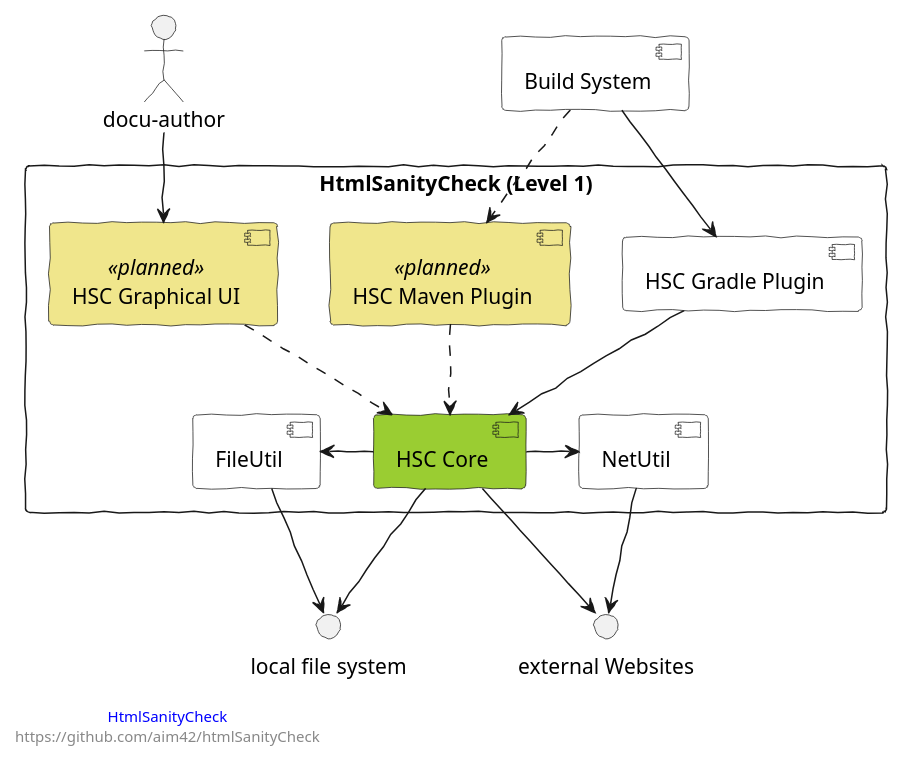
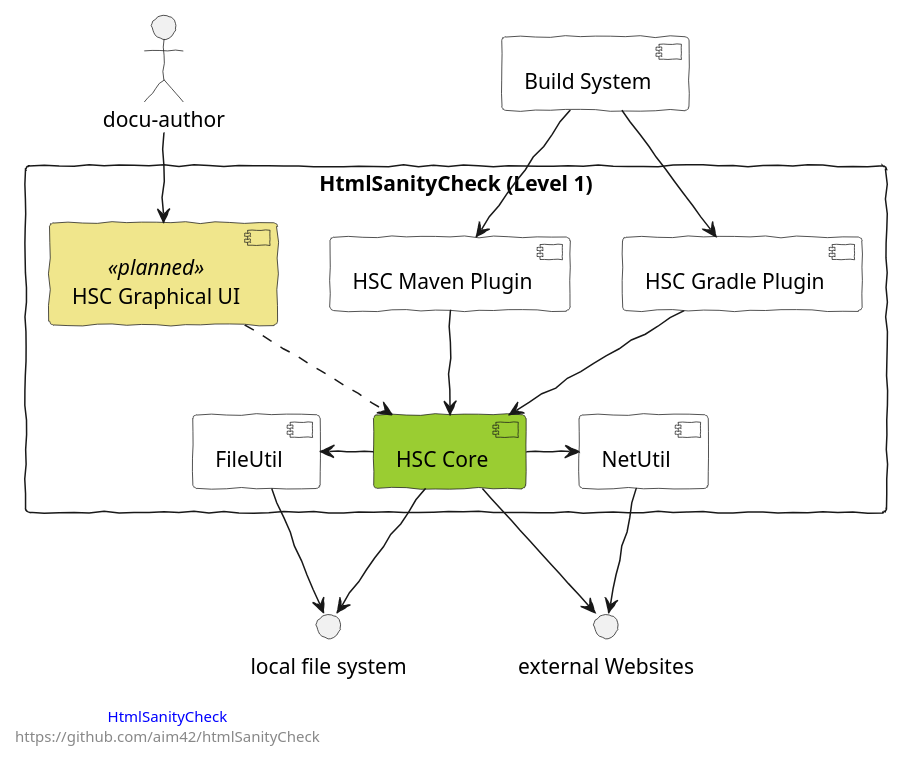
One commit to aim42/htmlSanityCheck changed the diagram in src/docs/plantuml/whitebox-hsc-level-1.puml. Above: the diagram before and after it, drawn with PlantUML. The commit also changed 13 other files, not shown here.

Commit message:
#314 Add Maven plugin to most of the documentation

```diff
--- a/src/docs/plantuml/whitebox-hsc-level-1.puml
+++ b/src/docs/plantuml/whitebox-hsc-level-1.puml
@@ -1,53 +1,53 @@
 @startuml
 skinparam componentStyle uml2
 skinparam component {
    backgroundColor<<planned>> Khaki
    backgroundColor White
 }
 
 skinparam handwritten true
 
 left footer
 
 <font color=blue>HtmlSanityCheck</font>
 https://github.com/aim42/htmlSanityCheck
 endfooter
 
 interface "local file system" as files
 interface "external Websites" as web
 
 rectangle "HtmlSanityCheck (Level 1)" as HSC {
 
 [HSC Core] as core #YellowGreen
 [HSC Gradle Plugin] -down-> core
 
 
 [HSC Graphical UI] <<planned>> as ui
-[HSC Maven Plugin]  <<planned>> as mavenplugin
+[HSC Maven Plugin] as mavenplugin
 
 [FileUtil] as futil
 [NetUtil] as netutil
 
-mavenplugin .down-> core
+mavenplugin -down-> core
 ui .down-> core
 
 core -> futil
 core -> netutil
 
 futil -down-> files
 netutil -down-> web
 
 }
 :docu-author: -down-> ui
 
 [Build System] as bs
 
 
 bs -down-> [HSC Gradle Plugin]
-bs .down.> mavenplugin
+bs -down-> mavenplugin
 
 core -down-> files
 core -down-> web
 
 
 @enduml
```
